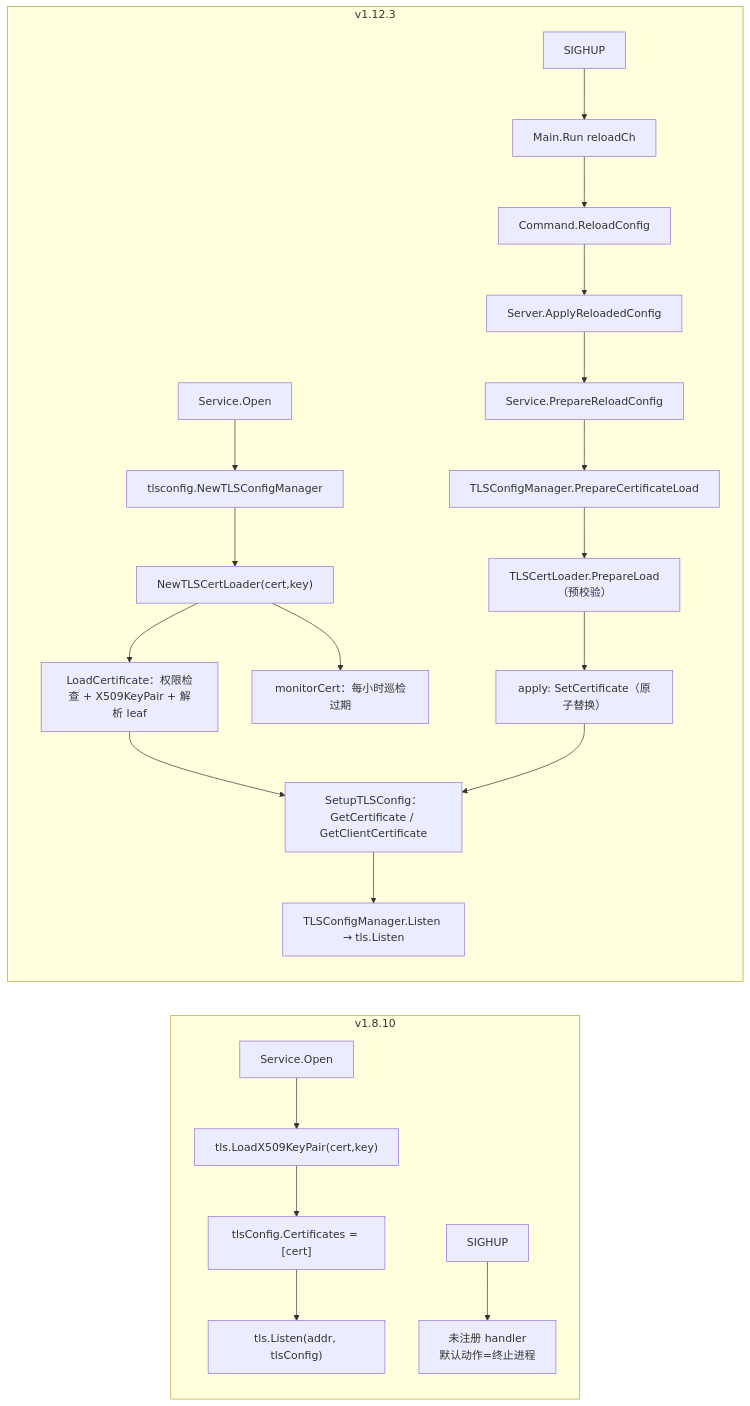
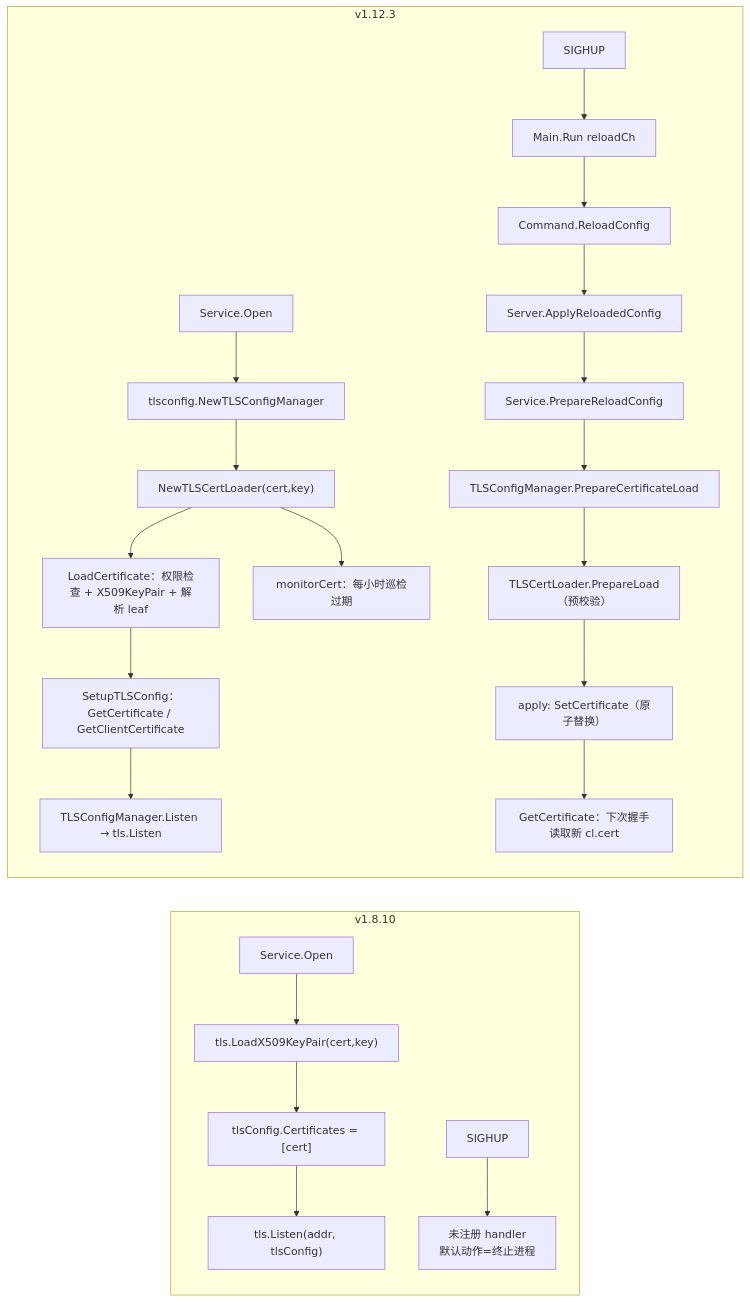
One commit to stefanv5/influxdb changed the second of 3 diagrams in docs/specs/v1.8.10-vs-v1.12.3/06_http_flux_diff.md. Above: the diagram before and after it, drawn with Mermaid. The commit also changed other lines of this file and 7 other files, not shown here.

First line of the commit message:
docs: fix code snippets and flows in the version-diff study

````diff
--- a/docs/specs/v1.8.10-vs-v1.12.3/06_http_flux_diff.md
+++ b/docs/specs/v1.8.10-vs-v1.12.3/06_http_flux_diff.md
@@ -110,26 +112,26 @@
 ```mermaid
 flowchart LR
     subgraph OLD["v1.8.10"]
         O1["Service.Open"] --> O2["tls.LoadX509KeyPair(cert,key)"]
         O2 --> O3["tlsConfig.Certificates = [cert]"]
         O3 --> O4["tls.Listen(addr, tlsConfig)"]
         O5["SIGHUP"] --> O6["未注册 handler<br/>默认动作=终止进程"]
     end
 
     subgraph NEW["v1.12.3"]
         N1["Service.Open"] --> N2["tlsconfig.NewTLSConfigManager"]
         N2 --> N3["NewTLSCertLoader(cert,key)"]
         N3 --> N4["LoadCertificate：权限检查 + X509KeyPair + 解析 leaf"]
         N4 --> N5["SetupTLSConfig：GetCertificate / GetClientCertificate"]
         N5 --> N6["TLSConfigManager.Listen → tls.Listen"]
         N7["SIGHUP"] --> N8["Main.Run reloadCh"]
         N8 --> N9["Command.ReloadConfig"]
         N9 --> N10["Server.ApplyReloadedConfig"]
         N10 --> N11["Service.PrepareReloadConfig"]
         N11 --> N12["TLSConfigManager.PrepareCertificateLoad"]
         N12 --> N13["TLSCertLoader.PrepareLoad（预校验）"]
         N13 --> N14["apply: SetCertificate（原子替换）"]
-        N14 --> N5
+        N14 --> N16["GetCertificate：下次握手读取新 cl.cert"]
         N3 --> N15["monitorCert：每小时巡检过期"]
     end
 ```
````
